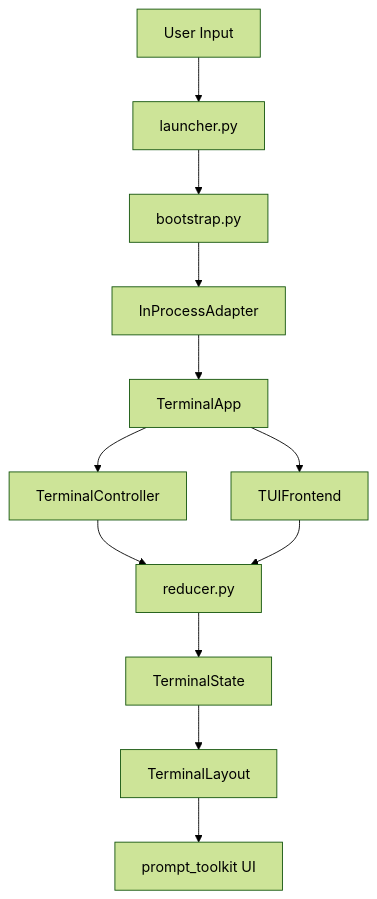
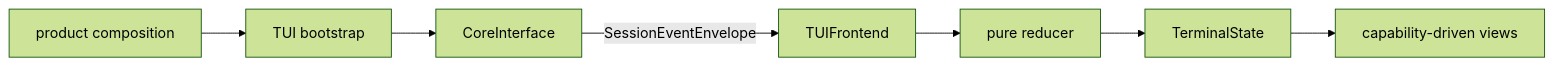
One commit to czh869452912/ccode-win7 changed the diagram in docs/platform/frontend-tui.md. Above: the diagram before and after it, drawn with Mermaid (forest theme). The commit also changed other lines of this file and 42 other files, not shown here.

Commit message:
docs: converge current architecture authorities

````diff
--- a/docs/platform/frontend-tui.md
+++ b/docs/platform/frontend-tui.md
@@ -59,14 +27,9 @@
 ```mermaid
-flowchart TD
-    User["User Input"] --> Launcher["launcher.py"]
-    Launcher --> Bootstrap["bootstrap.py"]
-    Bootstrap --> Engine["InProcessAdapter"]
-    Engine --> App["TerminalApp"]
-    App --> Controller["TerminalController"]
-    App --> Frontend["TUIFrontend"]
-    Controller --> Reducer["reducer.py"]
-    Frontend --> Reducer
-    Reducer --> State["TerminalState"]
-    State --> Layout["TerminalLayout"]
-    Layout --> UI["prompt_toolkit UI"]
+flowchart LR
+    P["product composition"] --> B["TUI bootstrap"]
+    B --> C["CoreInterface"]
+    C -->|SessionEventEnvelope| F["TUIFrontend"]
+    F --> R["pure reducer"]
+    R --> S["TerminalState"]
+    S --> V["capability-driven views"]
 ```
````
